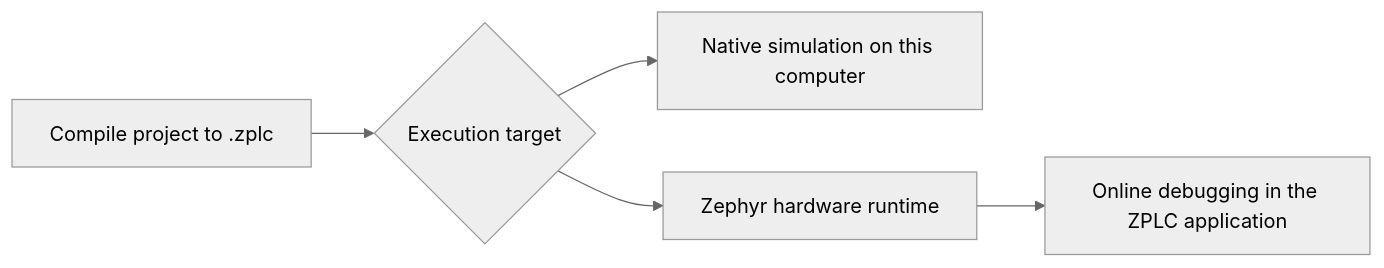
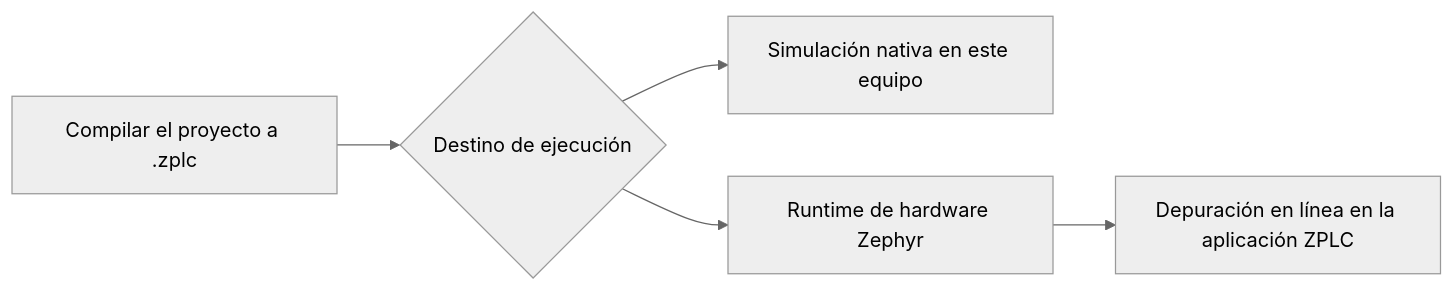
The diagram in docs/i18n/es/docusaurus-plugin-content-docs/current/integration/index.md (eduardojvieira/ZPLC), drawn with Mermaid (neutral theme) before and after one commit. The commit also changed other lines of this file, not shown here.

Commit message:
docs(es): review the integration pages against the English text

````diff
--- a/docs/i18n/es/docusaurus-plugin-content-docs/current/integration/index.md
+++ b/docs/i18n/es/docusaurus-plugin-content-docs/current/integration/index.md
@@ -18,7 +18,7 @@
 ```mermaid
 flowchart LR
-  A[Compile project to .zplc] --> B{Execution target}
-  B --> D[Native simulation on this computer]
-  B --> E[Zephyr hardware runtime]
-  E --> F[Online debugging in the ZPLC application]
+  A[Compilar el proyecto a .zplc] --> B{Destino de ejecución}
+  B --> D[Simulación nativa en este equipo]
+  B --> E[Runtime de hardware Zephyr]
+  E --> F[Depuración en línea en la aplicación ZPLC]
 ```
````
